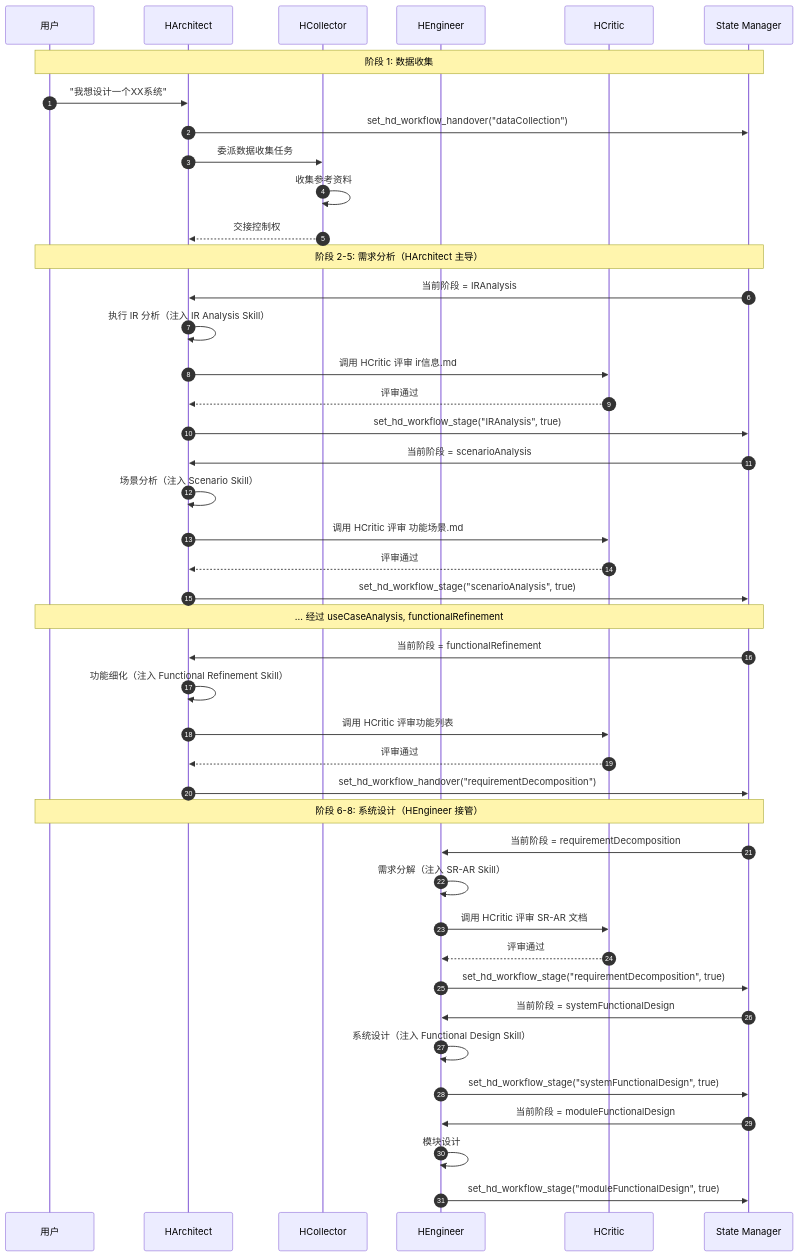
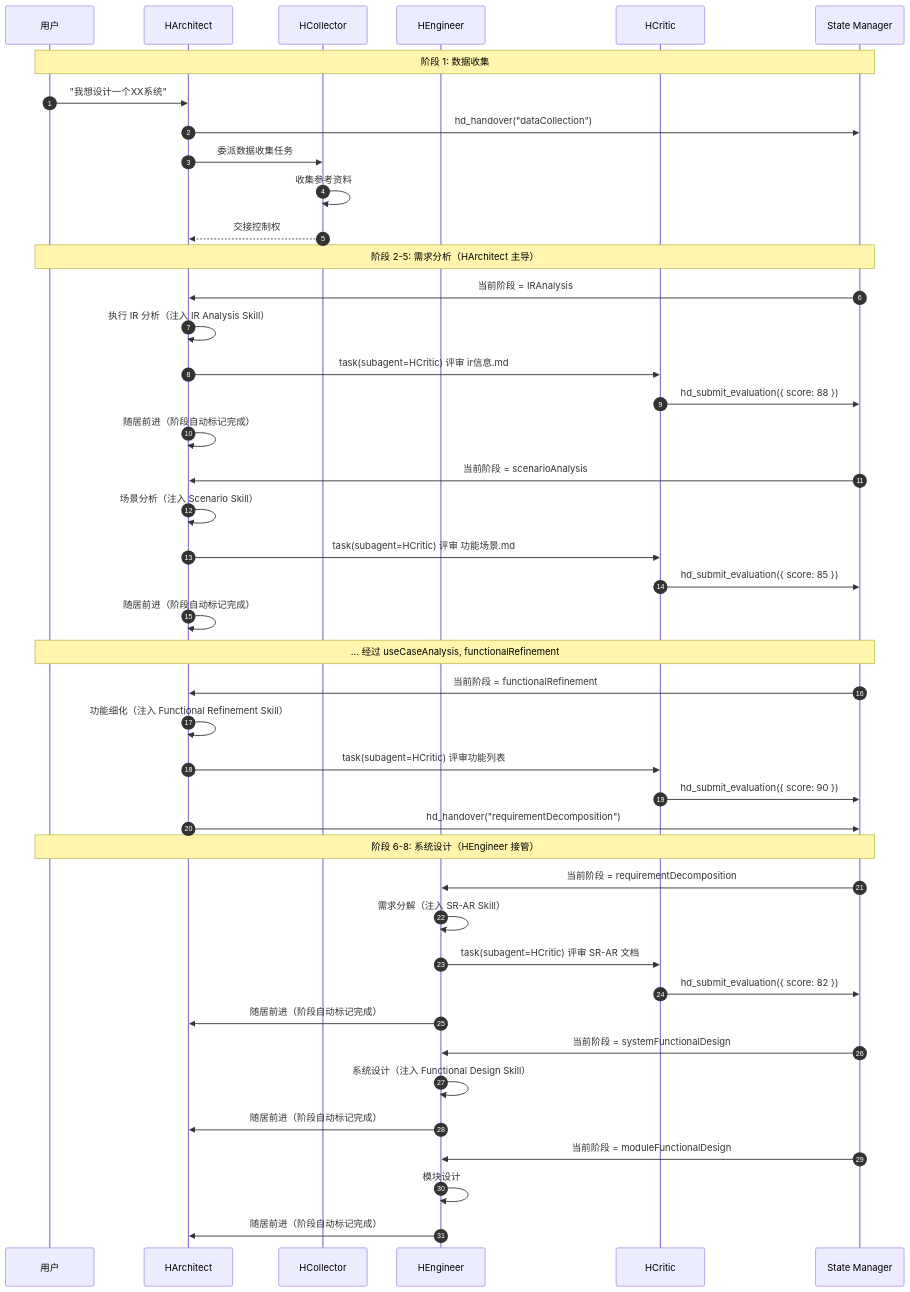
The third of 4 diagrams in TECHNICAL_WIKI.md (aiimoyu/hyper-designer), drawn with Mermaid before and after one commit. The commit also changed other lines of this file and 49 other files, not shown here.

````diff
--- a/TECHNICAL_WIKI.md
+++ b/TECHNICAL_WIKI.md
@@ -356,53 +356,53 @@
 ```mermaid
 sequenceDiagram
     autonumber
     participant User as 用户
     participant HA as HArchitect
     participant HC as HCollector
     participant HE as HEngineer
     participant HCr as HCritic
     participant State as State Manager
 
     Note over User,State: 阶段 1: 数据收集
     User->>HA: "我想设计一个XX系统"
-    HA->>State: set_hd_workflow_handover("dataCollection")
+    HA->>State: hd_handover("dataCollection")
     HA->>HC: 委派数据收集任务
     HC->>HC: 收集参考资料
     HC-->>HA: 交接控制权
 
     Note over User,State: 阶段 2-5: 需求分析（HArchitect 主导）
     State->>HA: 当前阶段 = IRAnalysis
     HA->>HA: 执行 IR 分析（注入 IR Analysis Skill）
-    HA->>HCr: 调用 HCritic 评审 ir信息.md
-    HCr-->>HA: 评审通过
-    HA->>State: set_hd_workflow_stage("IRAnalysis", true)
+    HA->>HCr: task(subagent=HCritic) 评审 ir信息.md
+    HCr->>State: hd_submit_evaluation({ score: 88 })
+    HA->>HA: 随居前进（阶段自动标记完成）
 
     State->>HA: 当前阶段 = scenarioAnalysis
     HA->>HA: 场景分析（注入 Scenario Skill）
-    HA->>HCr: 调用 HCritic 评审 功能场景.md
-    HCr-->>HA: 评审通过
-    HA->>State: set_hd_workflow_stage("scenarioAnalysis", true)
+    HA->>HCr: task(subagent=HCritic) 评审 功能场景.md
+    HCr->>State: hd_submit_evaluation({ score: 85 })
+    HA->>HA: 随居前进（阶段自动标记完成）
 
     Note over User,State: ... 经过 useCaseAnalysis, functionalRefinement
 
     State->>HA: 当前阶段 = functionalRefinement
     HA->>HA: 功能细化（注入 Functional Refinement Skill）
-    HA->>HCr: 调用 HCritic 评审功能列表
-    HCr-->>HA: 评审通过
-    HA->>State: set_hd_workflow_handover("requirementDecomposition")
+    HA->>HCr: task(subagent=HCritic) 评审功能列表
+    HCr->>State: hd_submit_evaluation({ score: 90 })
+    HA->>State: hd_handover("requirementDecomposition")
 
     Note over User,State: 阶段 6-8: 系统设计（HEngineer 接管）
     State->>HE: 当前阶段 = requirementDecomposition
     HE->>HE: 需求分解（注入 SR-AR Skill）
-    HE->>HCr: 调用 HCritic 评审 SR-AR 文档
-    HCr-->>HE: 评审通过
-    HE->>State: set_hd_workflow_stage("requirementDecomposition", true)
+    HE->>HCr: task(subagent=HCritic) 评审 SR-AR 文档
+    HCr->>State: hd_submit_evaluation({ score: 82 })
+    HE->>HA: 随居前进（阶段自动标记完成）
 
     State->>HE: 当前阶段 = systemFunctionalDesign
     HE->>HE: 系统设计（注入 Functional Design Skill）
-    HE->>State: set_hd_workflow_stage("systemFunctionalDesign", true)
+    HE->>HA: 随居前进（阶段自动标记完成）
 
     State->>HE: 当前阶段 = moduleFunctionalDesign
     HE->>HE: 模块设计
-    HE->>State: set_hd_workflow_stage("moduleFunctionalDesign", true)
+    HE->>HA: 随居前进（阶段自动标记完成）
 ```
````
